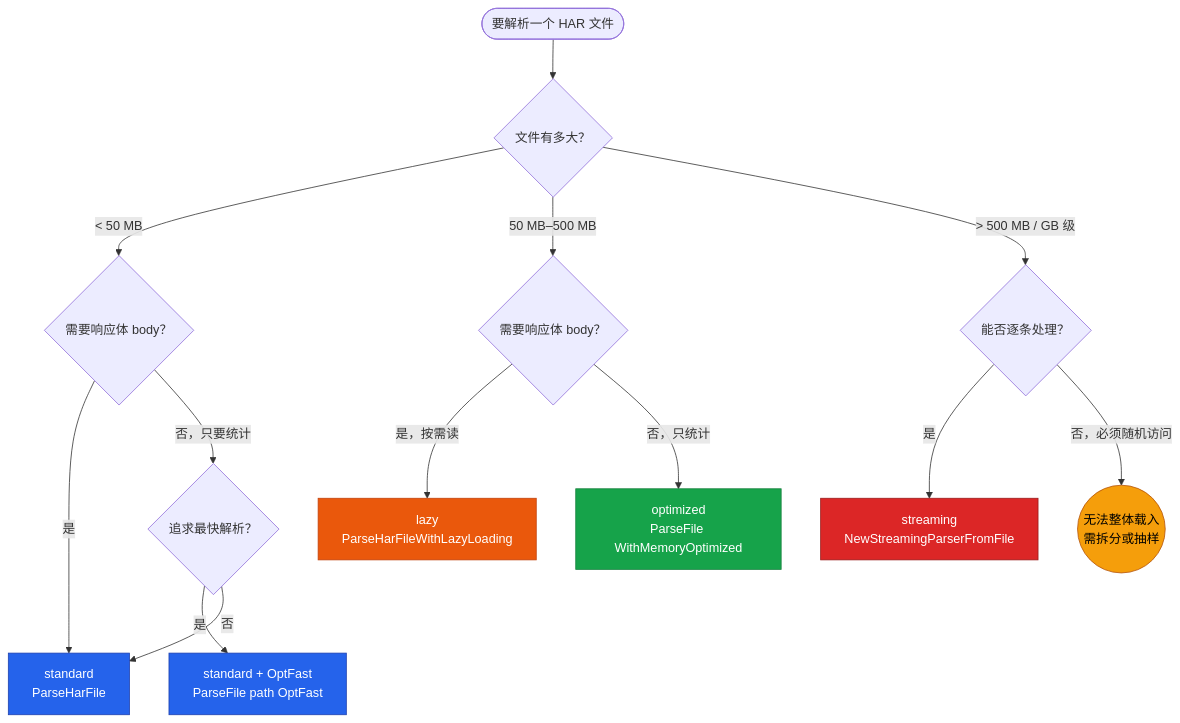
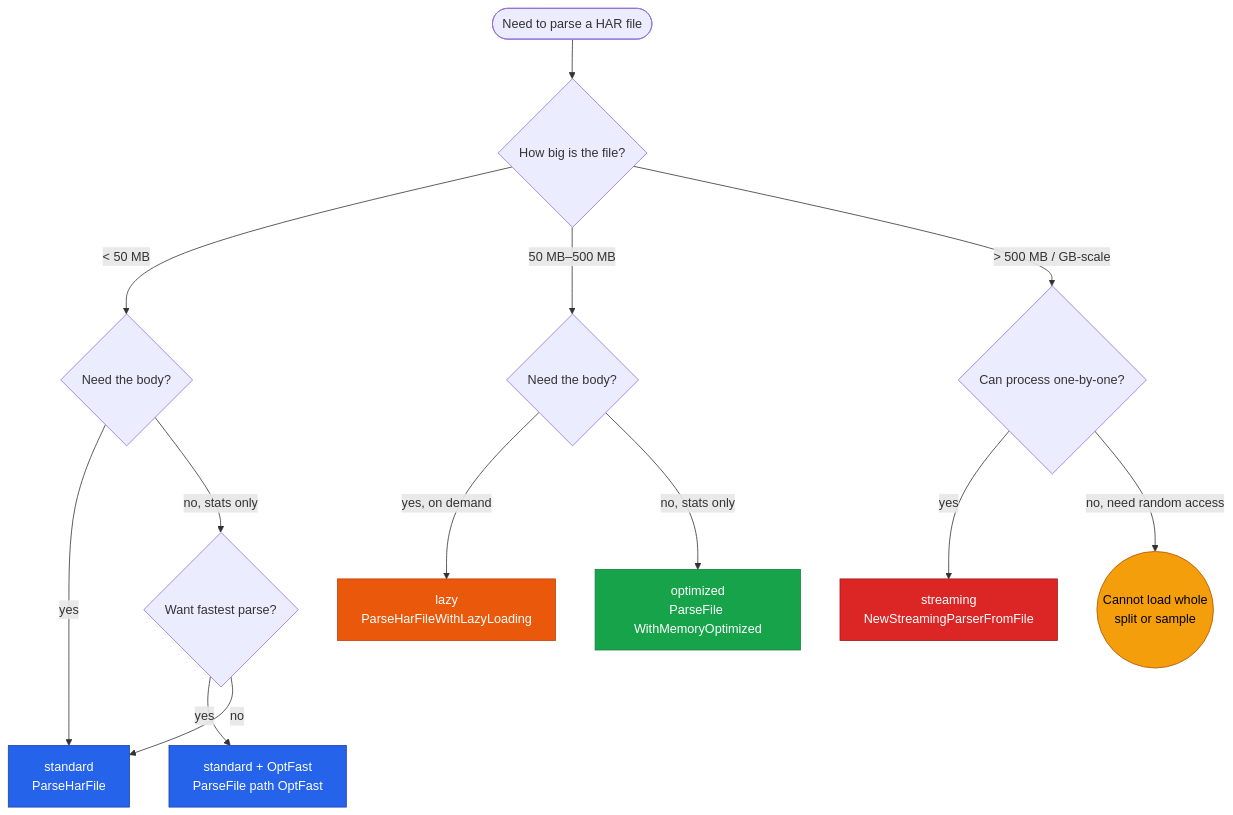
The first of 2 diagrams in website/zh/sdk/parsing-strategies.md (hitechcloud-vietnam/har-skills), drawn with Mermaid before and after one commit. The commit also changed other lines of this file and 97 other files, not shown here.

````diff
--- a/website/zh/sdk/parsing-strategies.md
+++ b/website/zh/sdk/parsing-strategies.md
@@ -23,32 +23,32 @@
 ```mermaid
 flowchart TD
-    Start([要解析一个 HAR 文件]) --> Q1{文件有多大？}
+    Start([Need to parse a HAR file]) --> Q1{How big is the file?}
 
-    Q1 -- "< 50 MB" --> Q2{需要响应体 body？}
-    Q1 -- "50 MB–500 MB" --> Q3{需要响应体 body？}
-    Q1 -- "> 500 MB / GB 级" --> Q4{能否逐条处理？}
+    Q1 -- "< 50 MB" --> Q2{Need the body?}
+    Q1 -- "50 MB–500 MB" --> Q3{Need the body?}
+    Q1 -- "> 500 MB / GB-scale" --> Q4{Can process one-by-one?}
 
-    Q2 -- 是 --> S1[standard<br/>ParseHarFile]
-    Q2 -- 否，只要统计 --> Q5{追求最快解析？}
-    Q5 -- 是 --> S1b[standard + OptFast<br/>ParseFile path OptFast]
-    Q5 -- 否 --> S1
+    Q2 -- yes --> S1[standard<br/>ParseHarFile]
+    Q2 -- no, stats only --> Q5{Want fastest parse?}
+    Q5 -- yes --> S1b[standard + OptFast<br/>ParseFile path OptFast]
+    Q5 -- no --> S1
 
-    Q3 -- 是，按需读 --> S3[lazy<br/>ParseHarFileWithLazyLoading]
-    Q3 -- 否，只统计 --> S2[optimized<br/>ParseFile WithMemoryOptimized]
+    Q3 -- yes, on demand --> S3[lazy<br/>ParseHarFileWithLazyLoading]
+    Q3 -- no, stats only --> S2[optimized<br/>ParseFile WithMemoryOptimized]
 
-    Q4 -- 是 --> S4[streaming<br/>NewStreamingParserFromFile]
-    Q4 -- 否，必须随机访问 --> W((无法整体载入<br/>需拆分或抽样))
+    Q4 -- yes --> S4[streaming<br/>NewStreamingParserFromFile]
+    Q4 -- no, need random access --> W((Cannot load whole<br/>split or sample))
 
     S1:::blue
     S1b:::blue
     S2:::green
     S3:::orange
     S4:::red
     W:::warn
 
     classDef blue fill:#2563eb,color:#fff,stroke:#1e40af;
     classDef green fill:#16a34a,color:#fff,stroke:#15803d;
     classDef orange fill:#ea580c,color:#fff,stroke:#c2410c;
     classDef red fill:#dc2626,color:#fff,stroke:#991b1b;
     classDef warn fill:#f59e0b,color:#000,stroke:#b45309;
 ```
````
